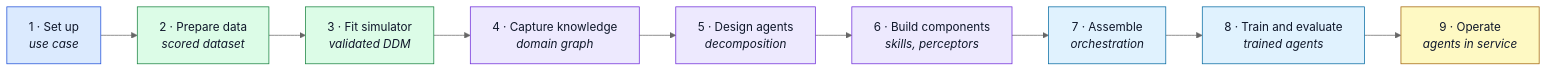
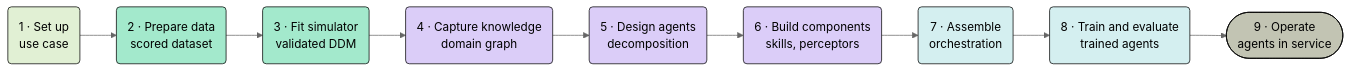
One commit to Composabl/amesa-agents changed the first of 3 diagrams in README.md. Above: the diagram before and after it, drawn with Mermaid (neutral theme). The commit also changed other lines of this file, not shown here.

First line of the commit message:
Restyle README diagrams to match the simulation-score-loop styling

````diff
--- a/README.md
+++ b/README.md
@@ -9,20 +9,24 @@
 ```mermaid
 flowchart LR
-  S1["1 · Set up<br/><i>use case</i>"]:::setup
-  S2["2 · Prepare data<br/><i>scored dataset</i>"]:::data
-  S3["3 · Fit simulator<br/><i>validated DDM</i>"]:::data
-  S4["4 · Capture knowledge<br/><i>domain graph</i>"]:::know
-  S5["5 · Design agents<br/><i>decomposition</i>"]:::know
-  S6["6 · Build components<br/><i>skills, perceptors</i>"]:::know
-  S7["7 · Assemble<br/><i>orchestration</i>"]:::train
-  S8["8 · Train and evaluate<br/><i>trained agents</i>"]:::train
-  S9["9 · Operate<br/><i>agents in service</i>"]:::done
+		S1("1 · Set up<br/>use case")
+		S2("2 · Prepare data<br/>scored dataset")
+		S3("3 · Fit simulator<br/>validated DDM")
+		S4("4 · Capture knowledge<br/>domain graph")
+		S5("5 · Design agents<br/>decomposition")
+		S6("6 · Build components<br/>skills, perceptors")
+		S7("7 · Assemble<br/>orchestration")
+		S8("8 · Train and evaluate<br/>trained agents")
+		S9(["9 · Operate<br/>agents in service"])
 
-  S1 --> S2 --> S3 --> S4 --> S5 --> S6 --> S7 --> S8 --> S9
+		S1 --> S2 --> S3 --> S4 --> S5 --> S6 --> S7 --> S8 --> S9
 
-  classDef setup fill:#dbeafe,stroke:#1d4ed8,color:#0f172a
-  classDef data fill:#dcfce7,stroke:#15803d,color:#0f172a
-  classDef know fill:#ede9fe,stroke:#6d28d9,color:#0f172a
-  classDef train fill:#e0f2fe,stroke:#0369a1,color:#0f172a
-  classDef done fill:#fef9c3,stroke:#a16207,color:#0f172a
+		style S1 stroke:#000000,fill:#E1F0D4
+		style S2 stroke:#000000,fill:#A3E9CC
+		style S3 stroke:#000000,fill:#A3E9CC
+		style S4 stroke:#000000,fill:#DBCDF8
+		style S5 stroke:#000000,fill:#DBCDF8
+		style S6 stroke:#000000,fill:#DBCDF8
+		style S7 stroke:#000000,fill:#D4EFF0
+		style S8 stroke:#000000,fill:#D4EFF0
+		style S9 stroke:#000000,fill:#C2C4B3
 ```
````
